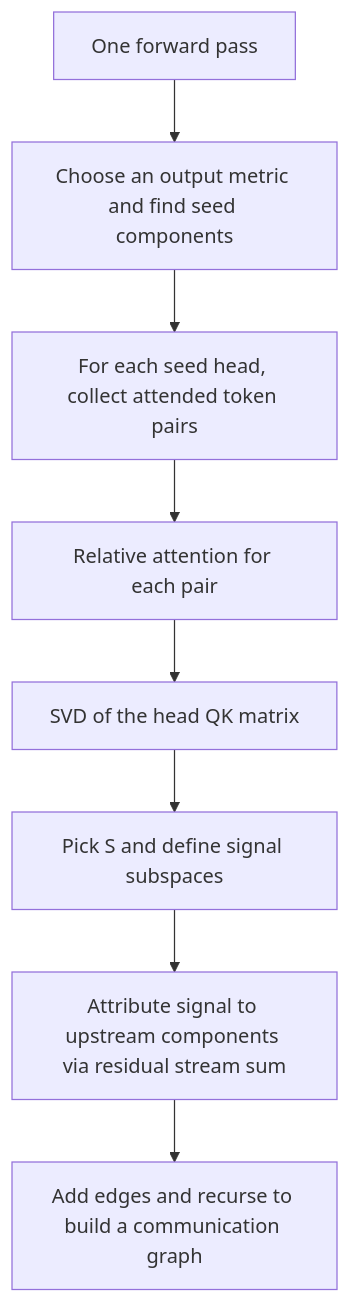
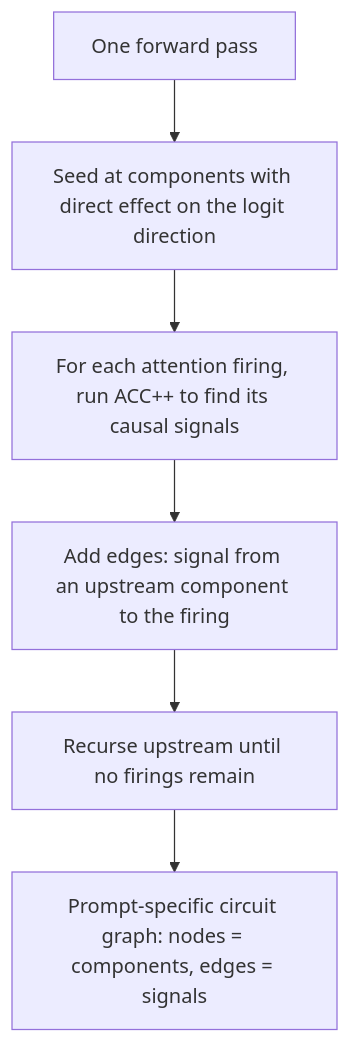
Before and after one commit to gaabrielfranco/gaabrielfranco.github.io: the diagram in _posts/2025-12-01-acc.md, drawn with Mermaid. The commit also changed other lines of this file and 5 other files, not shown here.

````diff
--- a/_posts/2025-12-01-acc.md
+++ b/_posts/2025-12-01-acc.md
@@ -233,10 +109,8 @@
 ```mermaid
 flowchart TD
-  A[One forward pass] --> B[Choose an output metric and find seed components]
-  B --> C[For each seed head, collect attended token pairs]
-  C --> D[Relative attention for each pair]
-  D --> E[SVD of the head QK matrix]
-  E --> F[Pick S and define signal subspaces]
-  F --> G[Attribute signal to upstream components via residual stream sum]
-  G --> H[Add edges and recurse to build a communication graph]
+  A[One forward pass] --> B[Seed at components with direct effect on the logit direction]
+  B --> C[For each attention firing, run ACC++ to find its causal signals]
+  C --> D[Add edges: signal from an upstream component to the firing]
+  D --> E[Recurse upstream until no firings remain]
+  E --> F[Prompt-specific circuit graph: nodes = components, edges = signals]
 ```
````
